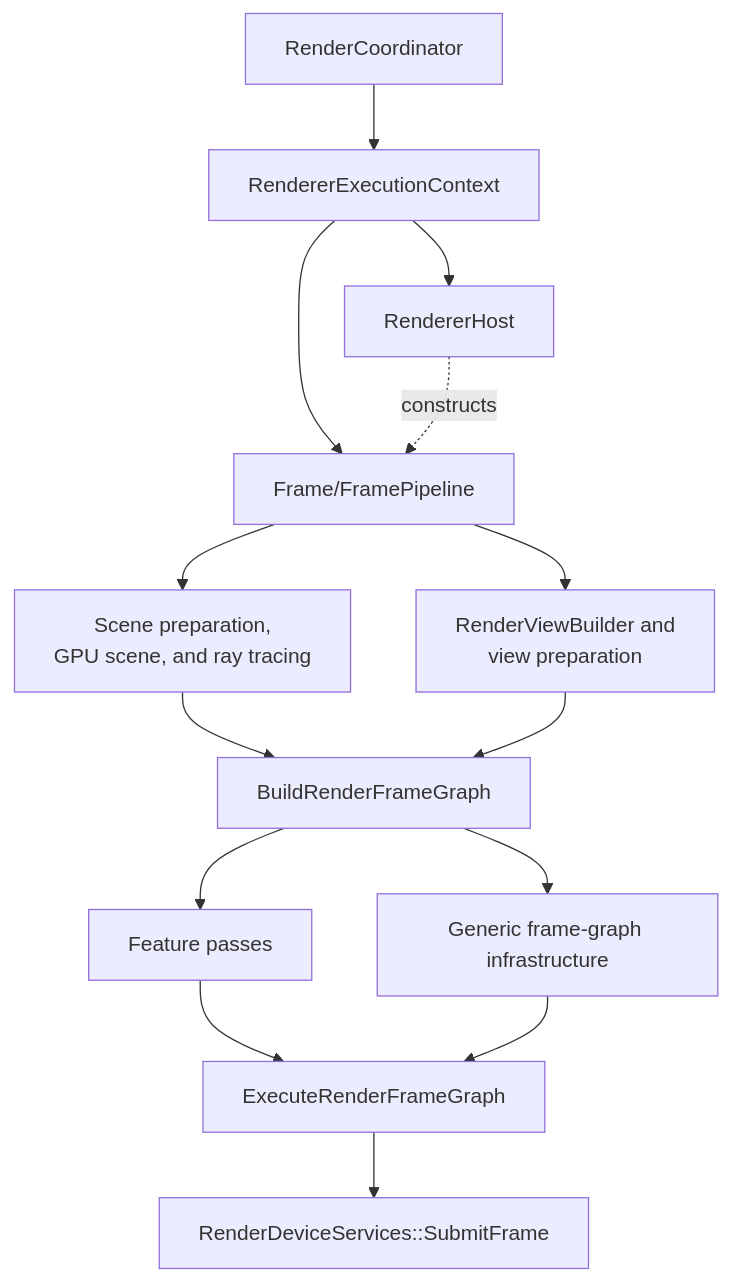
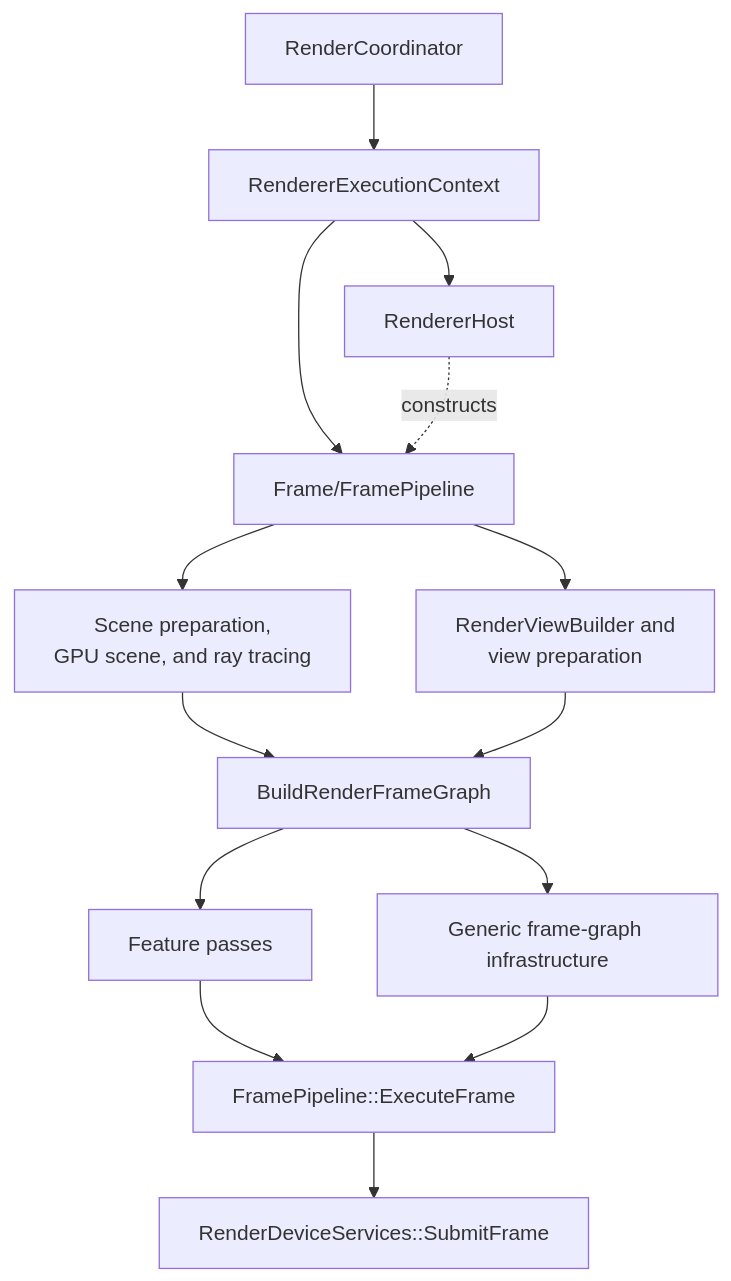
One commit to stoleckipawel/SparkleEngine changed the third of 3 diagrams in Docs/Architecture/WholeRepositoryMap.md. Above: the diagram before and after it, drawn with Mermaid. The commit also changed other lines of this file and 116 other files, not shown here.

````diff
--- a/Docs/Architecture/WholeRepositoryMap.md
+++ b/Docs/Architecture/WholeRepositoryMap.md
@@ -124,16 +124,16 @@
 ```mermaid
 flowchart TD
     Coordinator[RenderCoordinator] --> Context[RendererExecutionContext]
     Context --> Host[RendererHost]
     Context --> Pipeline[Frame/FramePipeline]
     Host -. constructs .-> Pipeline
     Pipeline --> Scene[Scene preparation,<br/>GPU scene, and ray tracing]
     Pipeline --> View[RenderViewBuilder and<br/>view preparation]
     Scene --> Build[BuildRenderFrameGraph]
     View --> Build
     Build --> Passes[Feature passes]
     Build --> Graph[Generic frame-graph infrastructure]
-    Passes --> Execute[ExecuteRenderFrameGraph]
+    Passes --> Execute[FramePipeline::ExecuteFrame]
     Graph --> Execute
     Execute --> Submit[RenderDeviceServices::SubmitFrame]
 ```
````
